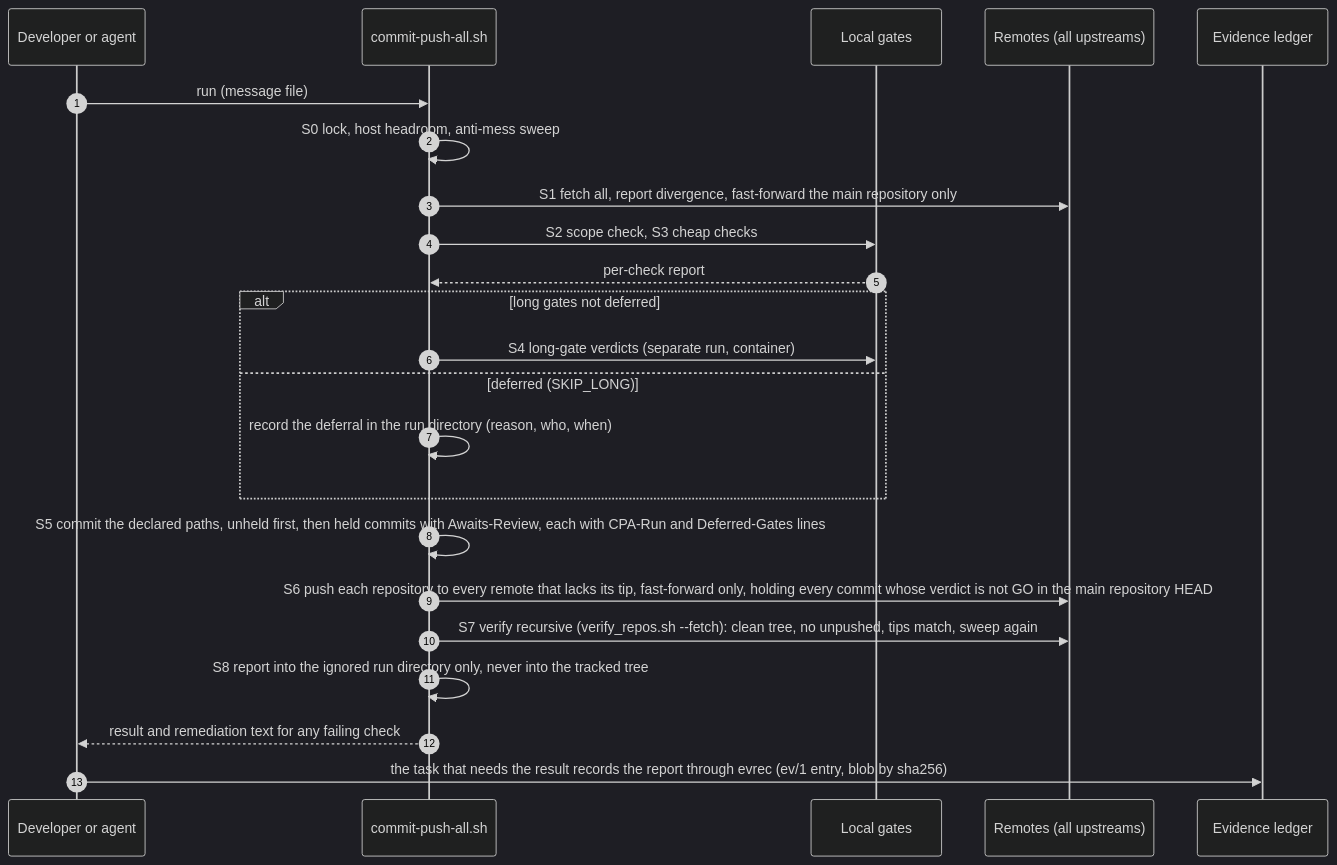
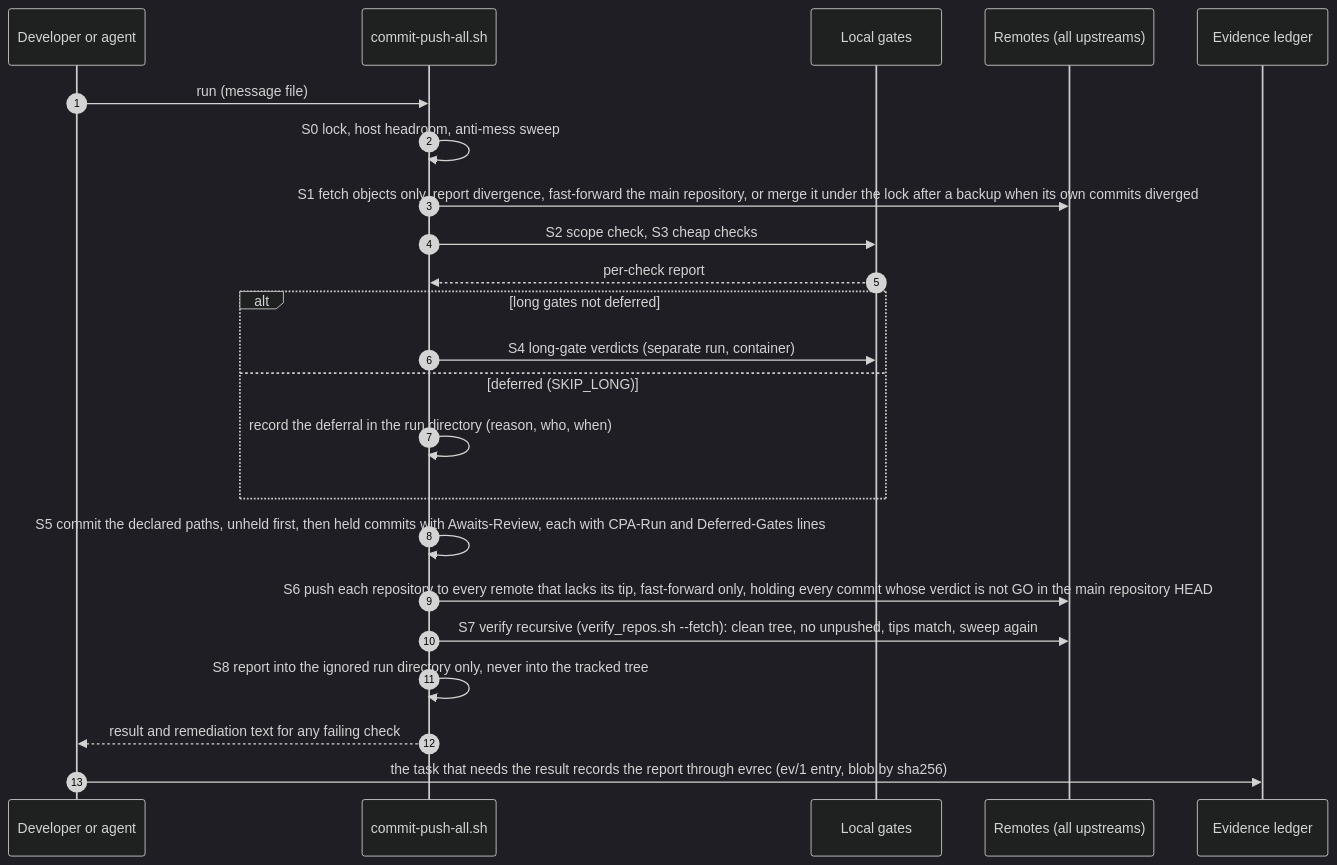
One commit to vasic-digital/catalogizer changed the sixth of 6 diagrams in specs/001-full-project-audit-remediation/docs/12-helixqa-challenges-and-governance-plan.md. Above: the diagram before and after it, drawn with Mermaid (dark theme). The commit also changed other lines of this file and 22 other files, not shown here.

````diff
--- a/specs/001-full-project-audit-remediation/docs/12-helixqa-challenges-and-governance-plan.md
+++ b/specs/001-full-project-audit-remediation/docs/12-helixqa-challenges-and-governance-plan.md
@@ -1381,25 +1381,25 @@
 ```mermaid
 sequenceDiagram
   autonumber
   participant D as Developer or agent
   participant S as commit-push-all.sh
   participant G as Local gates
   participant R as Remotes (all upstreams)
   participant E as Evidence ledger
   D->>S: run (message file)
   S->>S: S0 lock, host headroom, anti-mess sweep
-  S->>R: S1 fetch all, report divergence, fast-forward the main repository only
+  S->>R: S1 fetch objects only, report divergence, fast-forward the main repository, or merge it under the lock after a backup when its own commits diverged
   S->>G: S2 scope check, S3 cheap checks
   G-->>S: per-check report
   alt long gates not deferred
     S->>G: S4 long-gate verdicts (separate run, container)
   else deferred (SKIP_LONG)
     S->>S: record the deferral in the run directory (reason, who, when)
   end
   S->>S: S5 commit the declared paths, unheld first, then held commits with Awaits-Review, each with CPA-Run and Deferred-Gates lines
   S->>R: S6 push each repository to every remote that lacks its tip, fast-forward only, holding every commit whose verdict is not GO in the main repository HEAD
   S->>R: S7 verify recursive (verify_repos.sh --fetch): clean tree, no unpushed, tips match, sweep again
   S->>S: S8 report into the ignored run directory only, never into the tracked tree
   S-->>D: result and remediation text for any failing check
   D->>E: the task that needs the result records the report through evrec (ev/1 entry, blob by sha256)
 ```
````
